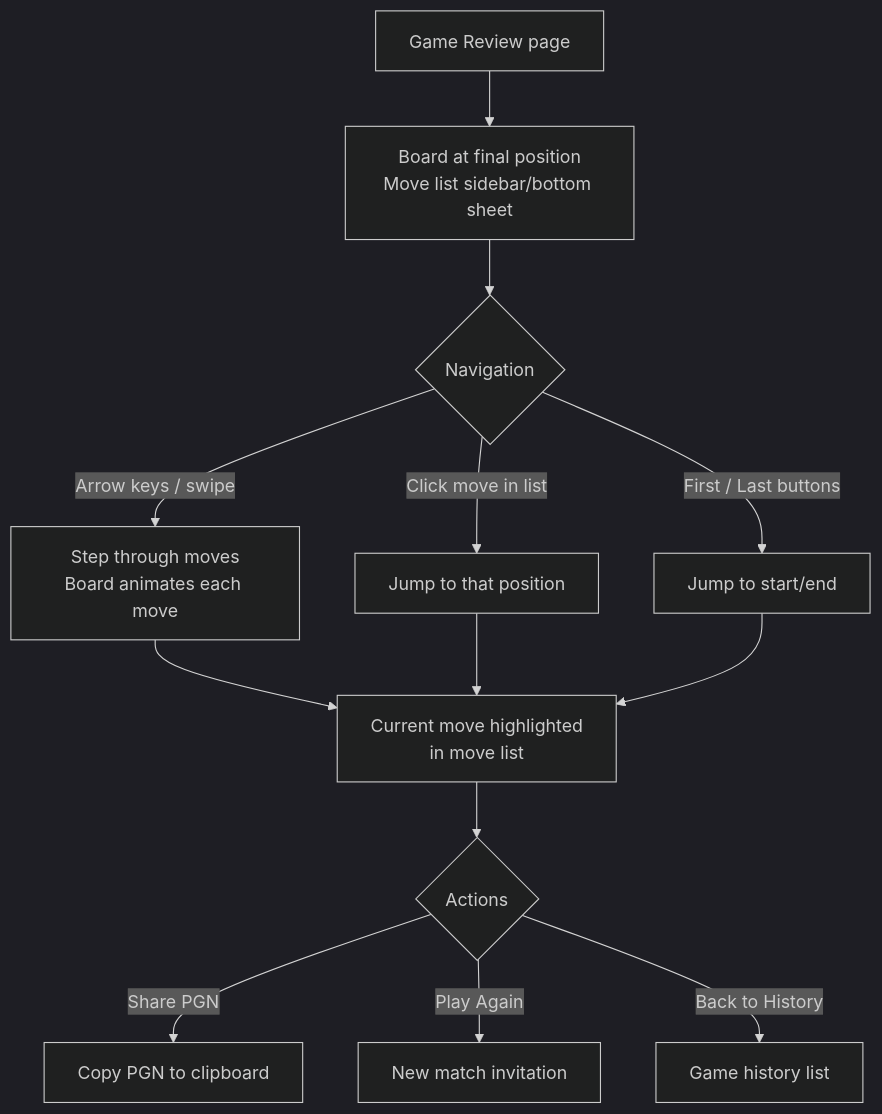
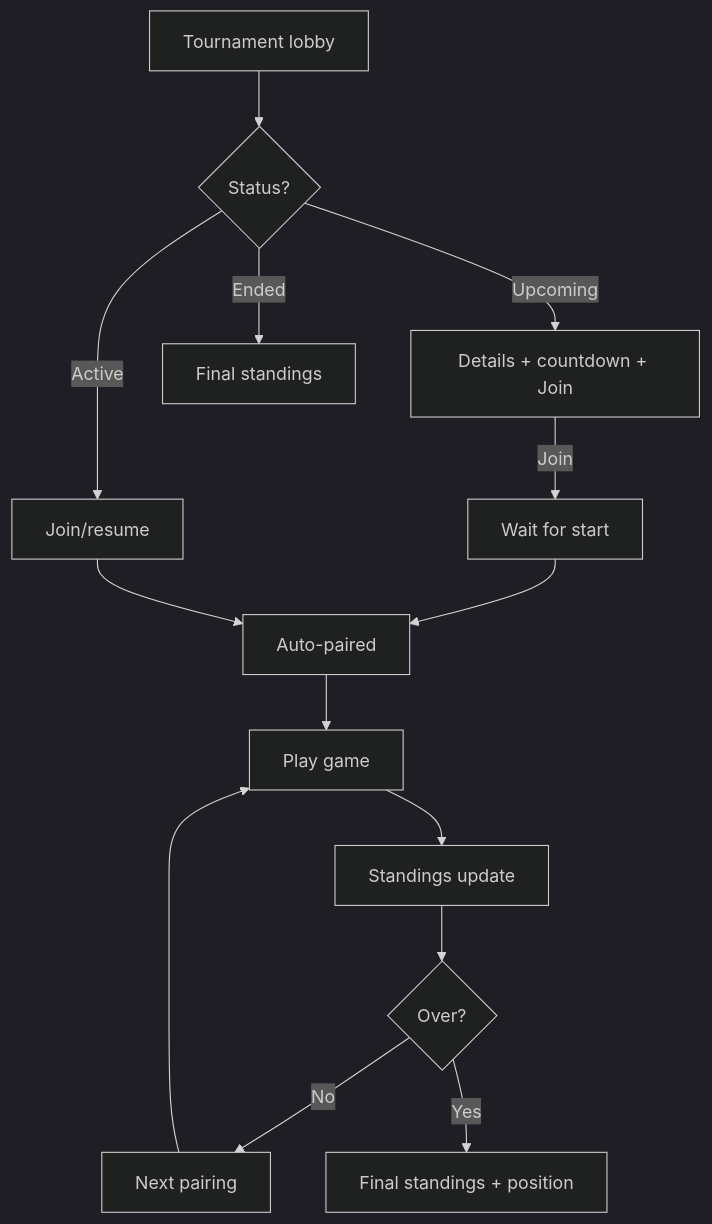
Before and after one commit to mnoyd/cotulenh-monorepo: the sixth of 6 diagrams in _bmad-output/planning-artifacts/ux-design-specification.md, drawn with Mermaid (dark theme). The commit also changed other lines of this file and 78 other files, not shown here.

````diff
--- a/_bmad-output/planning-artifacts/ux-design-specification.md
+++ b/_bmad-output/planning-artifacts/ux-design-specification.md
@@ -790,15 +695,16 @@
 ```mermaid
 flowchart TD
-    A[Game Review page] --> B[Board at final position<br>Move list sidebar/bottom sheet]
-    B --> C{Navigation}
-    C -->|Arrow keys / swipe| D[Step through moves<br>Board animates each move]
-    C -->|Click move in list| E[Jump to that position]
-    C -->|First / Last buttons| F[Jump to start/end]
-    D --> G[Current move highlighted<br>in move list]
-    E --> G
-    F --> G
-    G --> H{Actions}
-    H -->|Share PGN| I[Copy PGN to clipboard]
-    H -->|Play Again| J[New match invitation]
-    H -->|Back to History| K[Game history list]
+    A[Tournament lobby] --> B{Status?}
+    B -->|Upcoming| C[Details + countdown + Join]
+    B -->|Active| D[Join/resume]
+    B -->|Ended| E[Final standings]
+    C -->|Join| F[Wait for start]
+    F --> G[Auto-paired]
+    D --> G
+    G --> H[Play game]
+    H --> I[Standings update]
+    I --> J{Over?}
+    J -->|No| K[Next pairing]
+    J -->|Yes| L[Final standings + position]
+    K --> H
 ```
````
